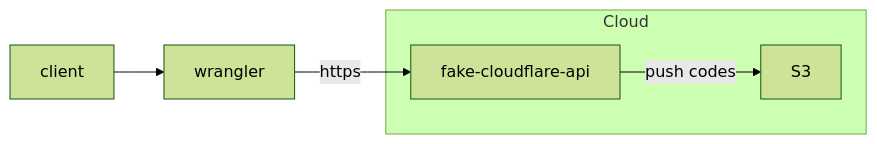
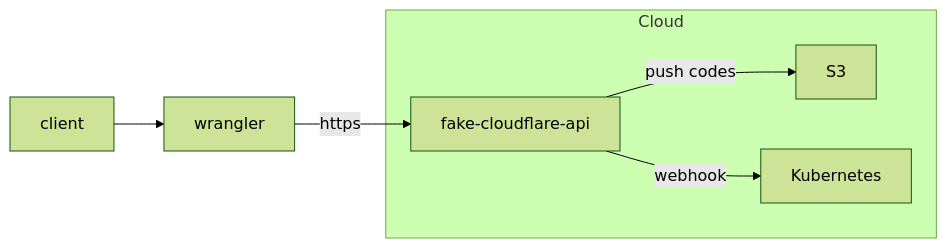
Before and after one commit to clementreiffers/fake-cloudflare-api: the diagram in README.md, drawn with Mermaid (forest theme). The commit also changed other lines of this file, not shown here.

````diff
--- a/README.md
+++ b/README.md
@@ -51,7 +57,8 @@
 ```mermaid
 flowchart LR
     subgraph Cloud 
         fake-cloudflare-api --> |push codes| S3
+        fake-cloudflare-api --> |webhook| Kubernetes
     end
     client --> wrangler --> |https| fake-cloudflare-api
 ```
````
